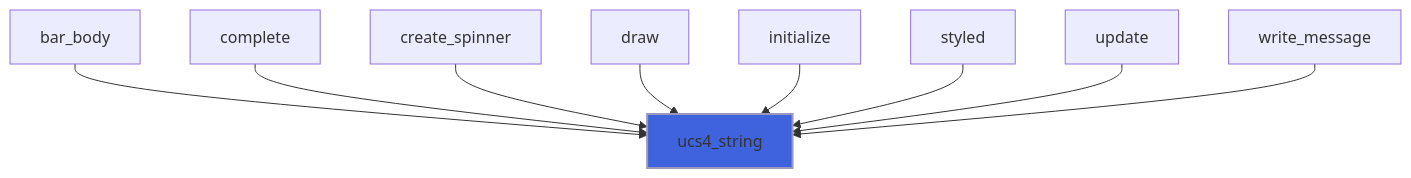
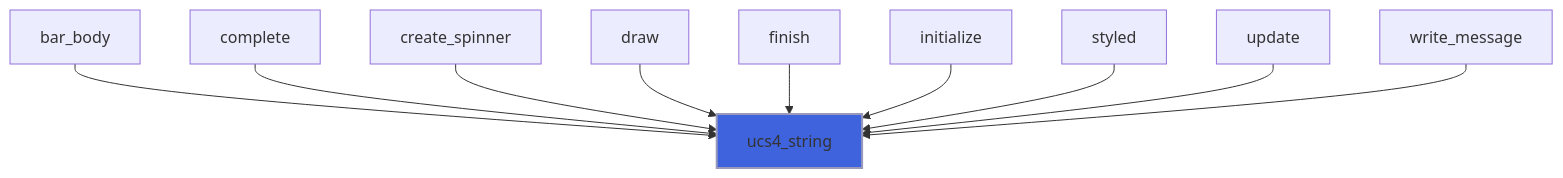
The diagram in docs/api/src/lib/forbear_kinds.md (szaghi/forbear), drawn with Mermaid before and after one commit. The commit also changed 28 other files, not shown here.

````diff
--- a/docs/api/src/lib/forbear_kinds.md
+++ b/docs/api/src/lib/forbear_kinds.md
@@ -40,12 +40,13 @@
 ```mermaid
 flowchart TD
   bar_body["bar_body"] --> ucs4_string["ucs4_string"]
   complete["complete"] --> ucs4_string["ucs4_string"]
   create_spinner["create_spinner"] --> ucs4_string["ucs4_string"]
   draw["draw"] --> ucs4_string["ucs4_string"]
+  finish["finish"] --> ucs4_string["ucs4_string"]
   initialize["initialize"] --> ucs4_string["ucs4_string"]
   styled["styled"] --> ucs4_string["ucs4_string"]
   update["update"] --> ucs4_string["ucs4_string"]
   write_message["write_message"] --> ucs4_string["ucs4_string"]
   style ucs4_string fill:#3e63dd,stroke:#99b,stroke-width:2px
 ```
````
